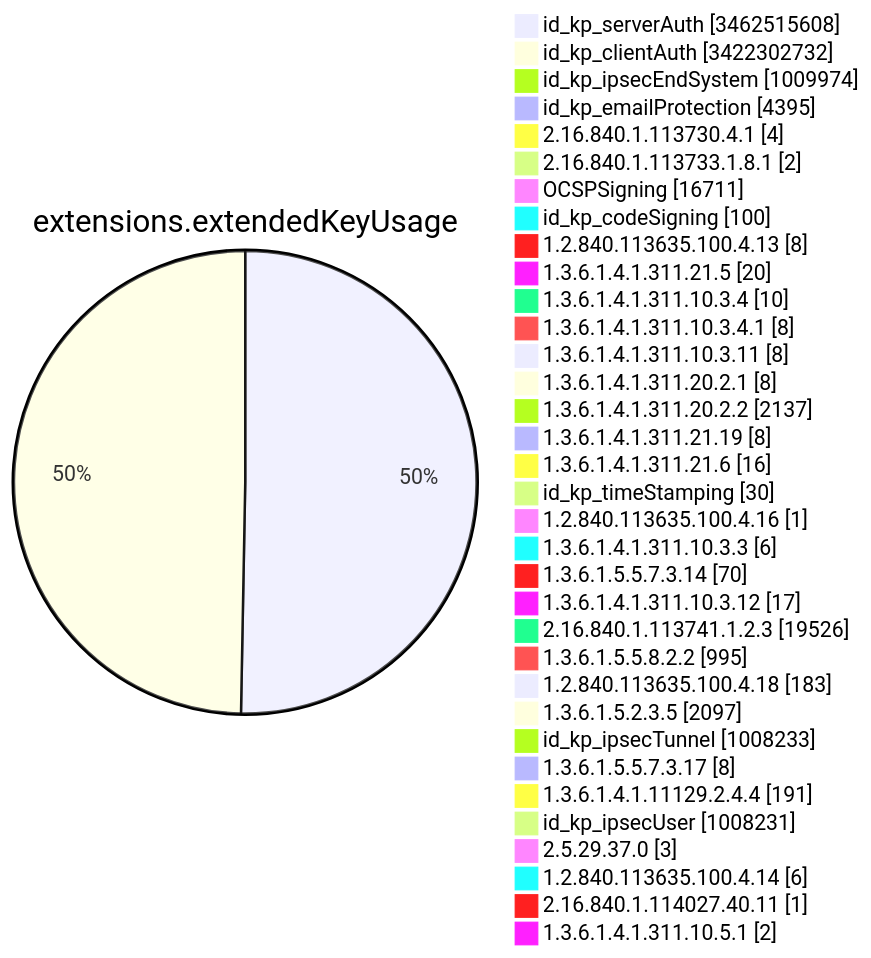
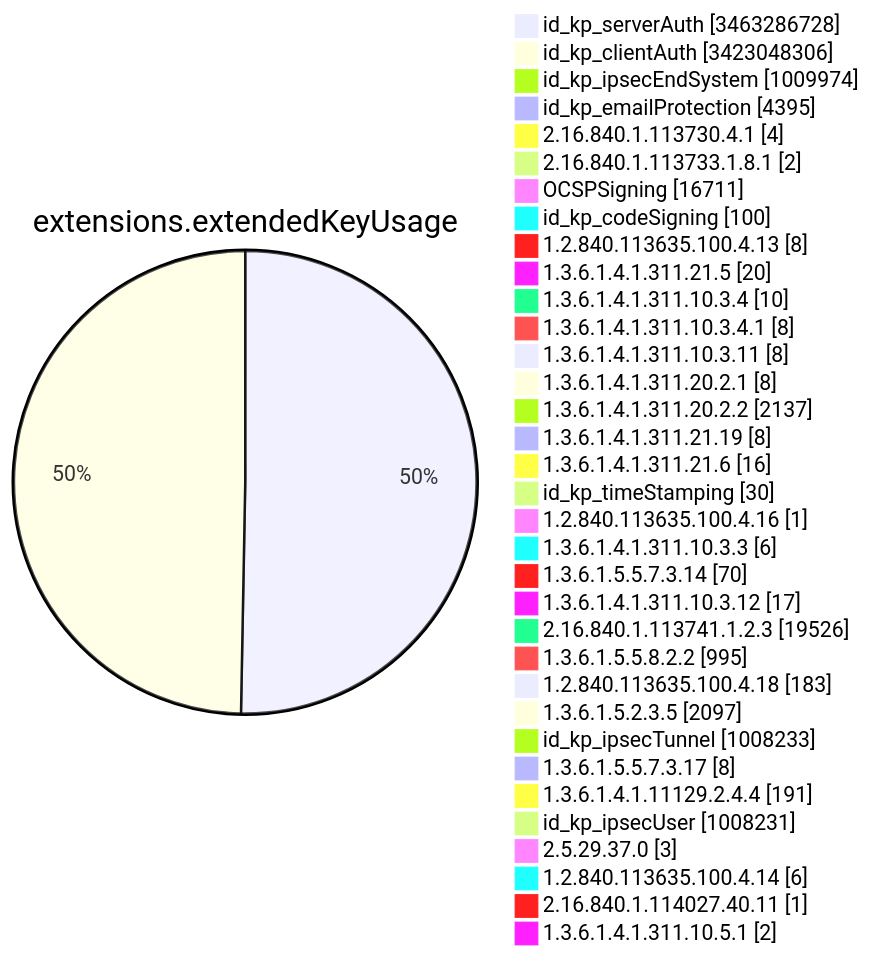
Diagram 11 of 15 in TOTAL/README.md (christiankrug/ctmonitor_visualization), drawn with Mermaid before and after one commit. The commit also changed other lines of this file, not shown here.

````diff
--- a/TOTAL/README.md
+++ b/TOTAL/README.md
@@ -4123,38 +4123,38 @@
 ```mermaid
 pie showData
 title extensions.extendedKeyUsage
-"id_kp_serverAuth" :3462515608
-"id_kp_clientAuth" :3422302732
+"id_kp_serverAuth" :3463286728
+"id_kp_clientAuth" :3423048306
 "id_kp_ipsecEndSystem" :1009974
 "id_kp_emailProtection" :4395
 "2.16.840.1.113730.4.1" :4
 "2.16.840.1.113733.1.8.1" :2
 "OCSPSigning" :16711
 "id_kp_codeSigning" :100
 "1.2.840.113635.100.4.13" :8
 "1.3.6.1.4.1.311.21.5" :20
 "1.3.6.1.4.1.311.10.3.4" :10
 "1.3.6.1.4.1.311.10.3.4.1" :8
 "1.3.6.1.4.1.311.10.3.11" :8
 "1.3.6.1.4.1.311.20.2.1" :8
 "1.3.6.1.4.1.311.20.2.2" :2137
 "1.3.6.1.4.1.311.21.19" :8
 "1.3.6.1.4.1.311.21.6" :16
 "id_kp_timeStamping" :30
 "1.2.840.113635.100.4.16" :1
 "1.3.6.1.4.1.311.10.3.3" :6
 "1.3.6.1.5.5.7.3.14" :70
 "1.3.6.1.4.1.311.10.3.12" :17
 "2.16.840.1.113741.1.2.3" :19526
 "1.3.6.1.5.5.8.2.2" :995
 "1.2.840.113635.100.4.18" :183
 "1.3.6.1.5.2.3.5" :2097
 "id_kp_ipsecTunnel" :1008233
 "1.3.6.1.5.5.7.3.17" :8
 "1.3.6.1.4.1.11129.2.4.4" :191
 "id_kp_ipsecUser" :1008231
 "2.5.29.37.0" :3
 "1.2.840.113635.100.4.14" :6
 "2.16.840.1.114027.40.11" :1
 "1.3.6.1.4.1.311.10.5.1" :2
 ```
````
